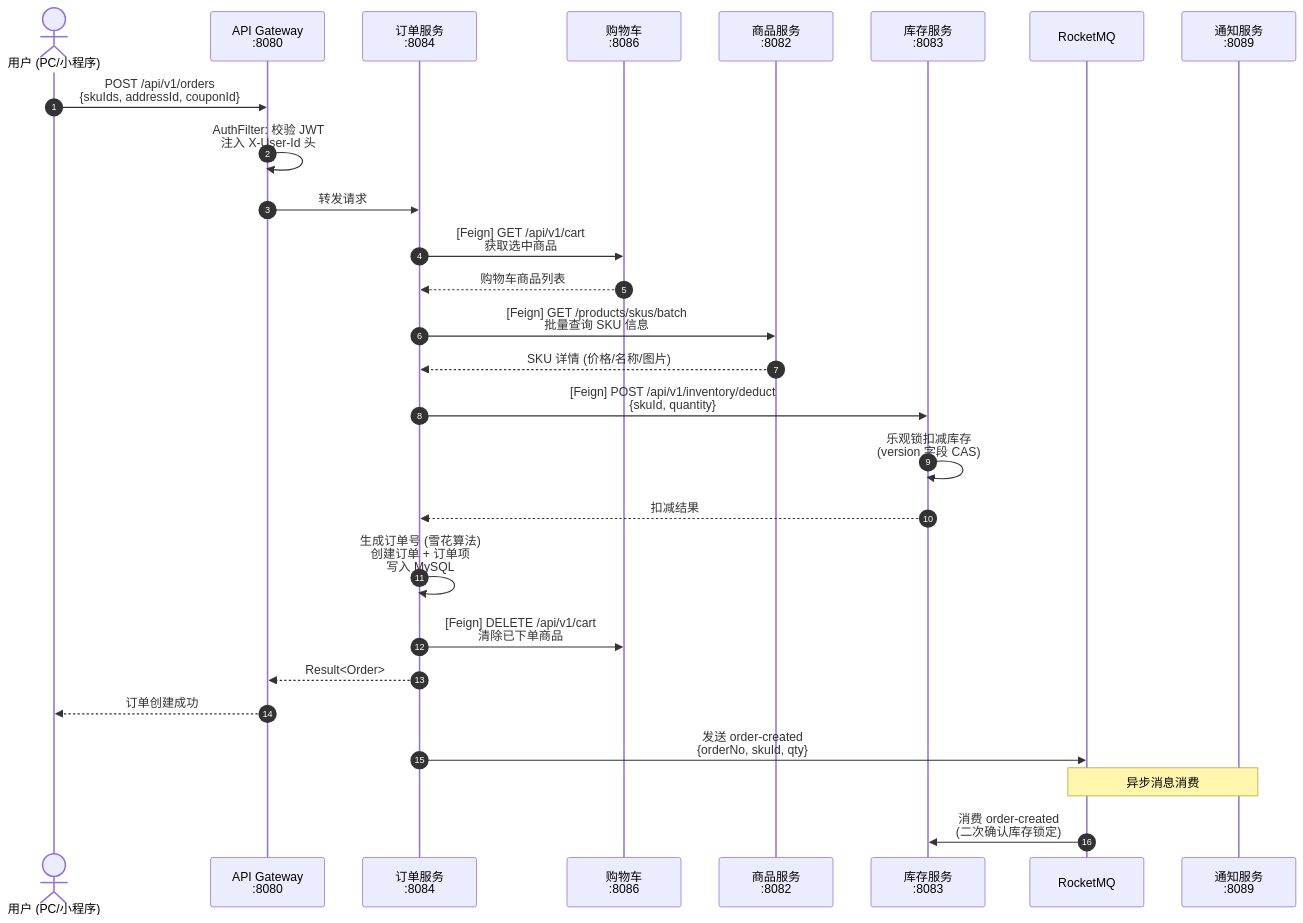
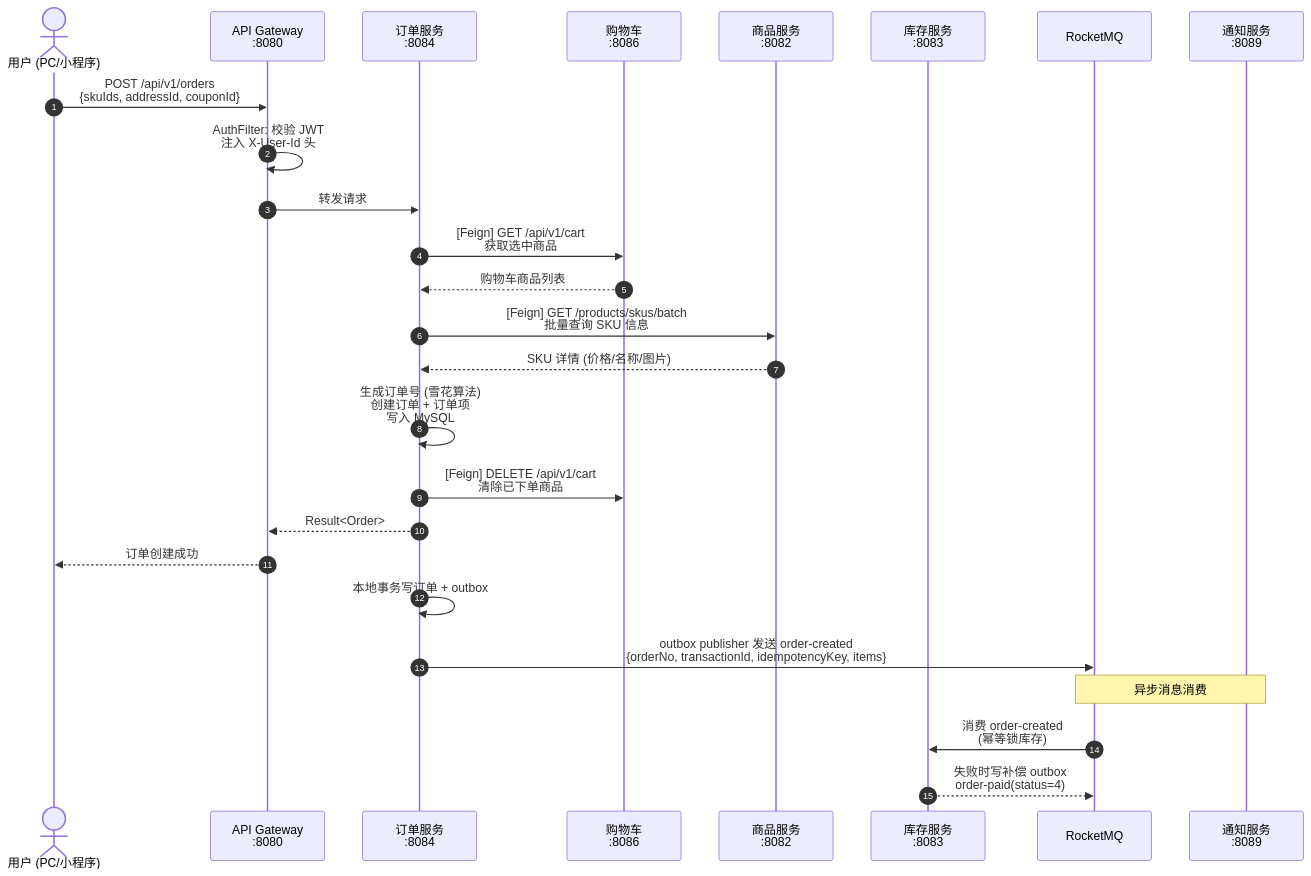
The second of 7 diagrams in README.md (ZeYuYang1024/ecommerce-platform), drawn with Mermaid before and after one commit. The commit also changed other lines of this file and 45 other files, not shown here.

````diff
--- a/README.md
+++ b/README.md
@@ -268,38 +269,36 @@
 ```mermaid
 sequenceDiagram
     autonumber
     actor User as 用户 (PC/小程序)
     participant GW as API Gateway<br/>:8080
     participant ORDER as 订单服务<br/>:8084
     participant CART as 购物车<br/>:8086
     participant PRODUCT as 商品服务<br/>:8082
     participant INV as 库存服务<br/>:8083
     participant MQ as RocketMQ
     participant NOTIFY as 通知服务<br/>:8089
 
     User->>GW: POST /api/v1/orders<br/>{skuIds, addressId, couponId}
     GW->>GW: AuthFilter: 校验 JWT<br/>注入 X-User-Id 头
     GW->>ORDER: 转发请求
 
     ORDER->>CART: [Feign] GET /api/v1/cart<br/>获取选中商品
     CART-->>ORDER: 购物车商品列表
 
     ORDER->>PRODUCT: [Feign] GET /products/skus/batch<br/>批量查询 SKU 信息
     PRODUCT-->>ORDER: SKU 详情 (价格/名称/图片)
 
-    ORDER->>INV: [Feign] POST /api/v1/inventory/deduct<br/>{skuId, quantity}
-    INV->>INV: 乐观锁扣减库存<br/>(version 字段 CAS)
-    INV-->>ORDER: 扣减结果
-
     ORDER->>ORDER: 生成订单号 (雪花算法)<br/>创建订单 + 订单项<br/>写入 MySQL
 
     ORDER->>CART: [Feign] DELETE /api/v1/cart<br/>清除已下单商品
 
     ORDER-->>GW: Result<Order>
     GW-->>User: 订单创建成功
 
-    ORDER->>MQ: 发送 order-created<br/>{orderNo, skuId, qty}
+    ORDER->>ORDER: 本地事务写订单 + outbox
+    ORDER->>MQ: outbox publisher 发送 order-created<br/>{orderNo, transactionId, idempotencyKey, items}
 
     Note over MQ,NOTIFY: 异步消息消费
-    MQ->>INV: 消费 order-created<br/>(二次确认库存锁定)
+    MQ->>INV: 消费 order-created<br/>(幂等锁库存)
+    INV-->>MQ: 失败时写补偿 outbox<br/>order-paid(status=4)
 ```
````
